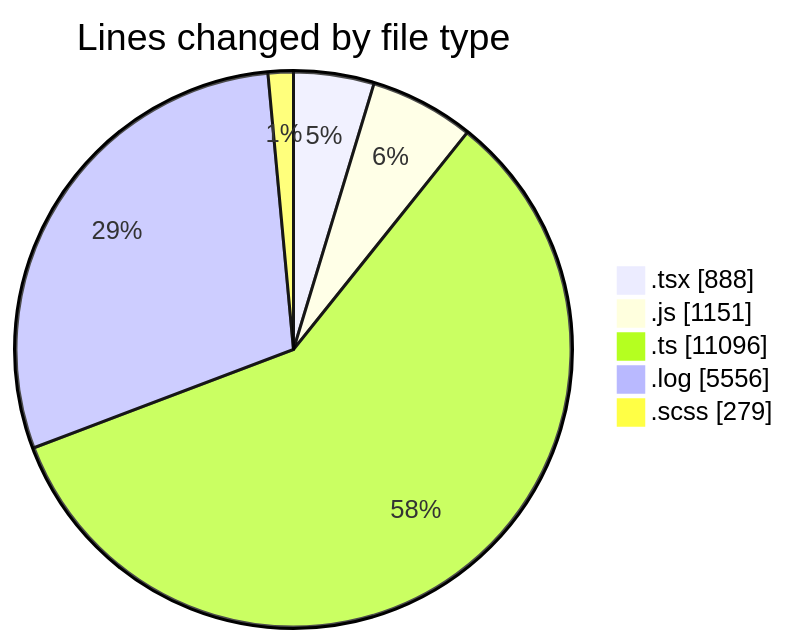
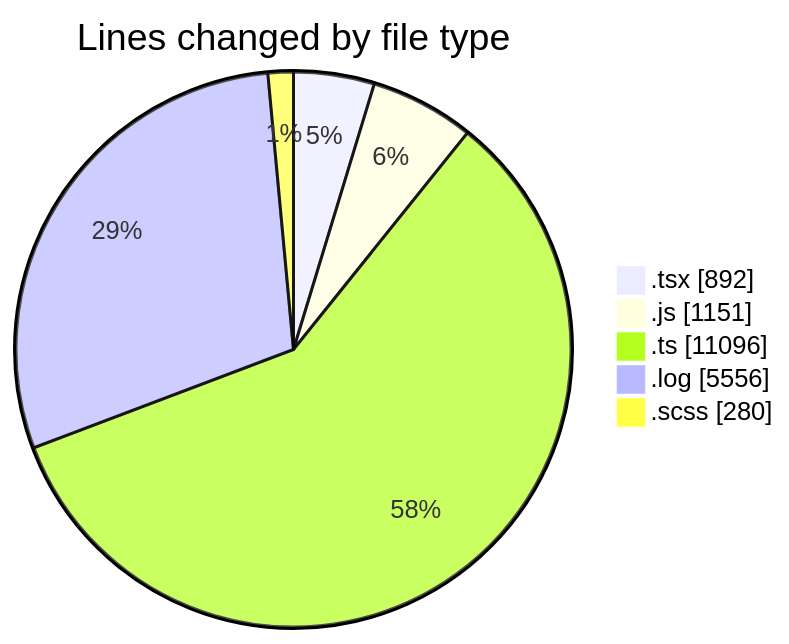
One commit to momahboobian/code-tracking changed the first of 2 diagrams in 2026-04-09/cda/README.md. Above: the diagram before and after it, drawn with Mermaid. The commit also changed other lines of this file and 1 other file, not shown here.

````diff
--- a/2026-04-09/cda/README.md
+++ b/2026-04-09/cda/README.md
@@ -31,9 +31,9 @@
 ```mermaid
 pie showData
 title Lines changed by file type
-".tsx" : 888
+".tsx" : 892
 ".js" : 1151
 ".ts" : 11096
 ".log" : 5556
-".scss" : 279
+".scss" : 280
 ```
````
